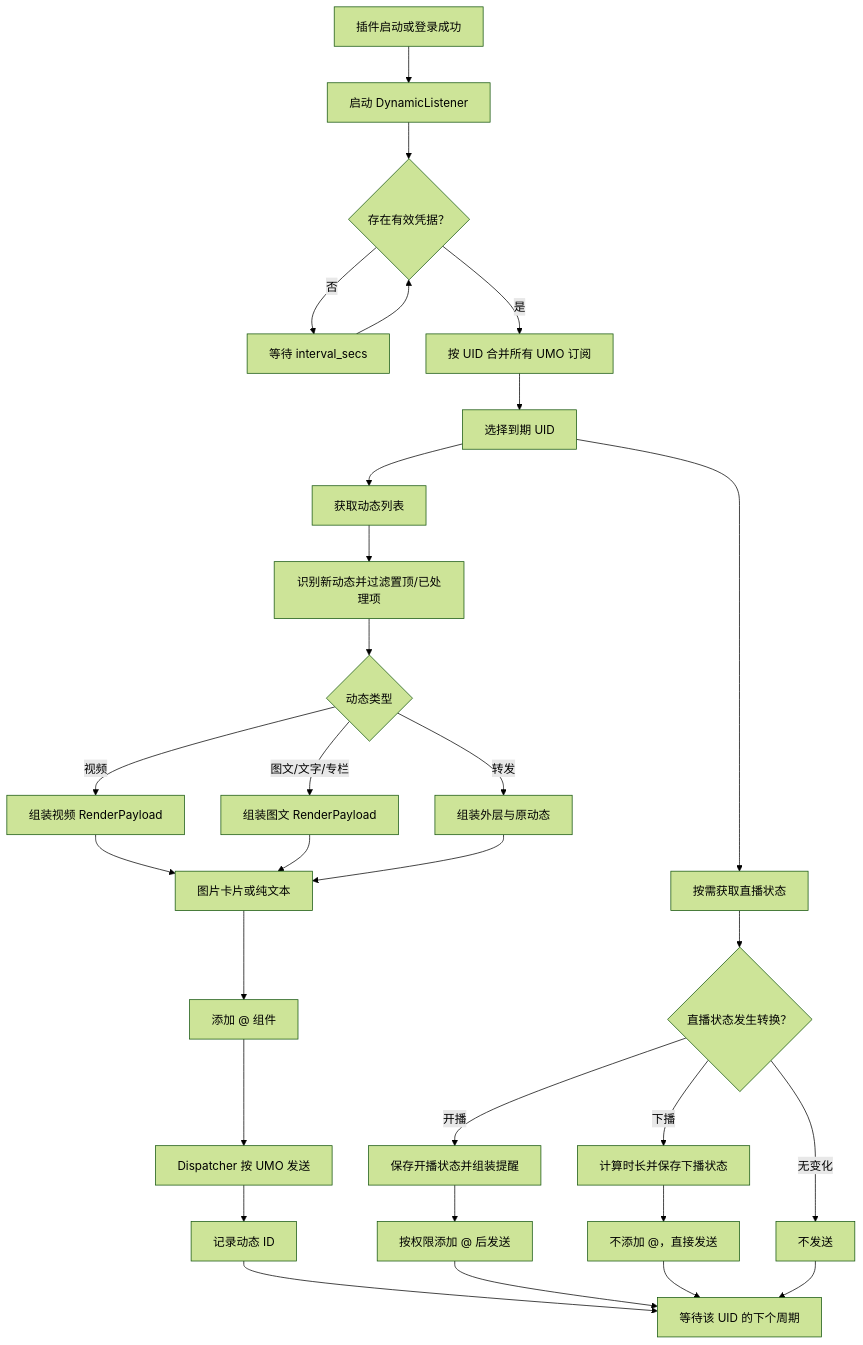
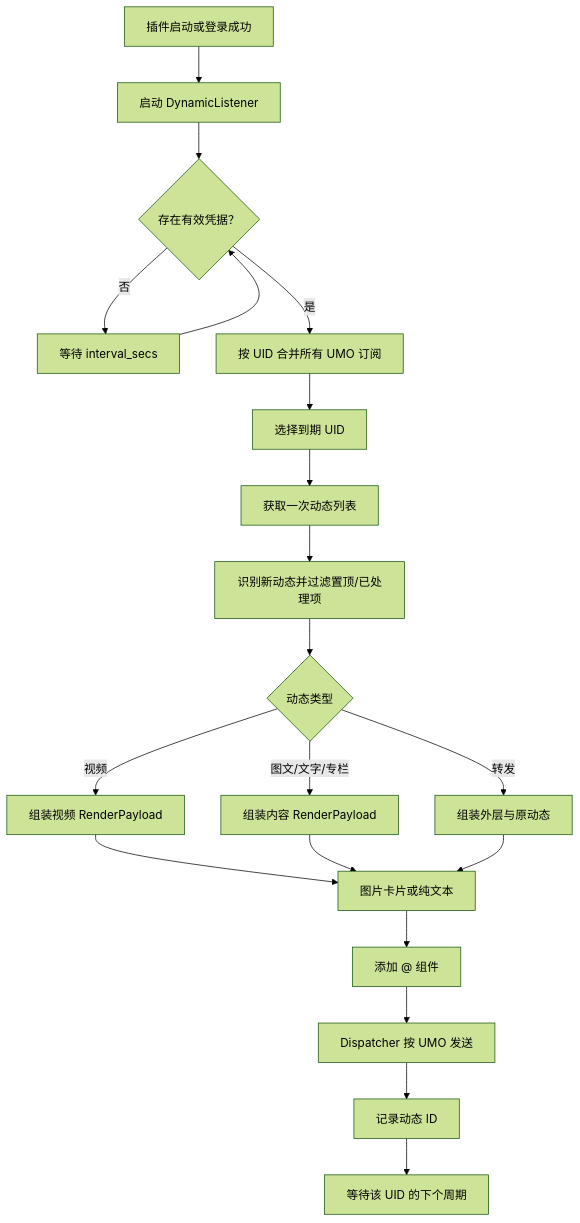
The diagram in SUBSCRIPTION_NOTIFICATION_FLOW.md (ZhangWY0724/astrbot_plugin_bilibili), drawn with Mermaid (forest theme) before and after one commit. The commit also changed other lines of this file and 13 other files, not shown here.

````diff
--- a/SUBSCRIPTION_NOTIFICATION_FLOW.md
+++ b/SUBSCRIPTION_NOTIFICATION_FLOW.md
@@ -412,32 +321,22 @@
 ```mermaid
 flowchart TD
   A["插件启动或登录成功"] --> B["启动 DynamicListener"]
   B --> C{"存在有效凭据？"}
   C -->|否| D["等待 interval_secs"]
   D --> C
   C -->|是| E["按 UID 合并所有 UMO 订阅"]
   E --> F["选择到期 UID"]
-  F --> G["获取动态列表"]
-  F --> H["按需获取直播状态"]
-  G --> I["识别新动态并过滤置顶/已处理项"]
-  I --> J{"动态类型"}
-  J -->|视频| K["组装视频 RenderPayload"]
-  J -->|图文/文字/专栏| L["组装图文 RenderPayload"]
-  J -->|转发| M["组装外层与原动态"]
-  K --> N["图片卡片或纯文本"]
-  L --> N
-  M --> N
-  N --> O["添加 @ 组件"]
-  O --> P["Dispatcher 按 UMO 发送"]
-  P --> Q["记录动态 ID"]
-  H --> R{"直播状态发生转换？"}
-  R -->|开播| S["保存开播状态并组装提醒"]
-  R -->|下播| T["计算时长并保存下播状态"]
-  R -->|无变化| U["不发送"]
-  S --> V["按权限添加 @ 后发送"]
-  T --> W["不添加 @，直接发送"]
-  Q --> X["等待该 UID 的下个周期"]
-  V --> X
-  W --> X
-  U --> X
+  F --> G["获取一次动态列表"]
+  G --> H["识别新动态并过滤置顶/已处理项"]
+  H --> I{"动态类型"}
+  I -->|视频| J["组装视频 RenderPayload"]
+  I -->|图文/文字/专栏| K["组装内容 RenderPayload"]
+  I -->|转发| L["组装外层与原动态"]
+  J --> M["图片卡片或纯文本"]
+  K --> M
+  L --> M
+  M --> N["添加 @ 组件"]
+  N --> O["Dispatcher 按 UMO 发送"]
+  O --> P["记录动态 ID"]
+  P --> Q["等待该 UID 的下个周期"]
 ```
````
